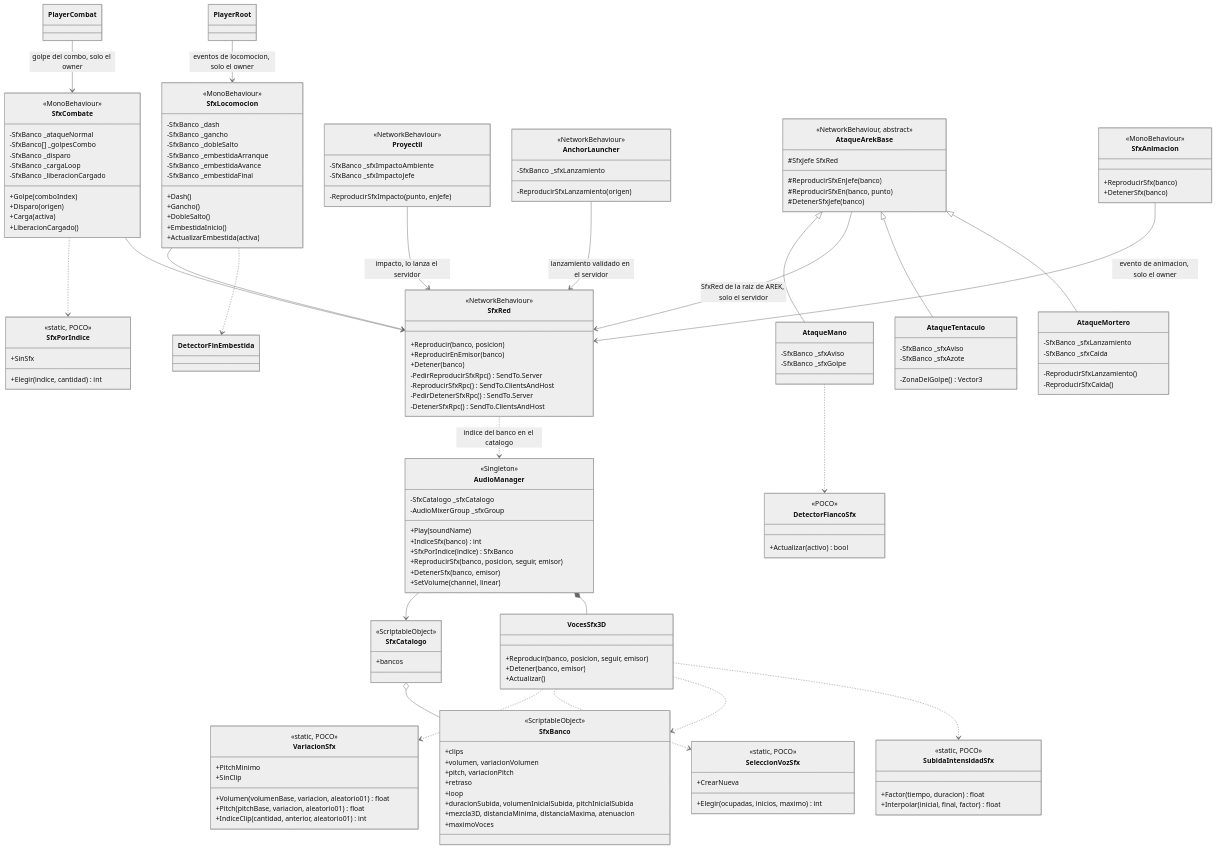
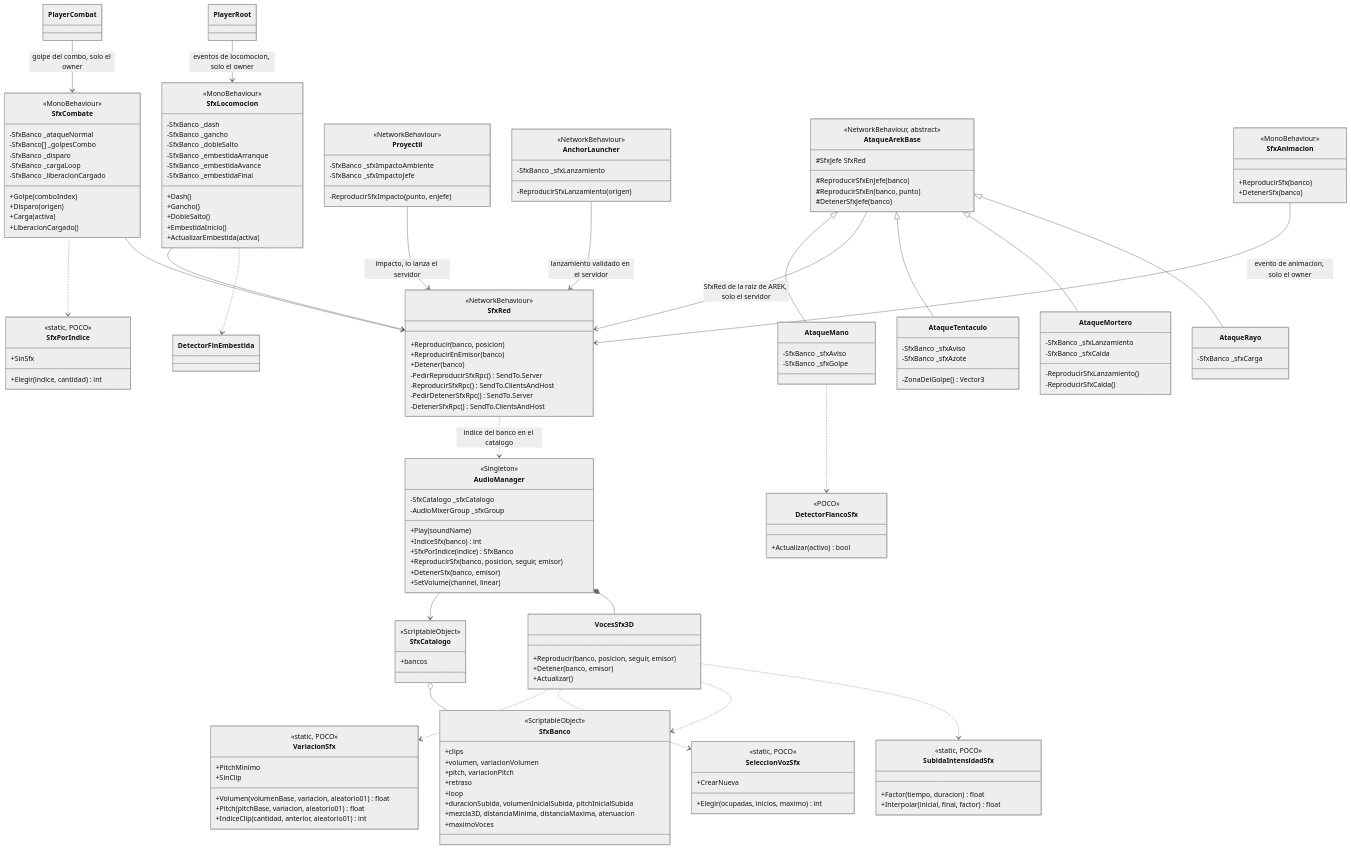
One commit to VicBojoDev10/DeathOfMeaningRepo changed the diagram in docs/diagrams/audio.mermaid. Above: the diagram before and after it, drawn with Mermaid (neutral theme).

Commit message:
doc: add laser charge sound to the audio diagram

```diff
--- a/docs/diagrams/audio.mermaid
+++ b/docs/diagrams/audio.mermaid
@@ -1,174 +1,179 @@
 classDiagram
     class VariacionSfx {
         <<static, POCO>>
         +PitchMinimo
         +SinClip
         +Volumen(volumenBase, variacion, aleatorio01) float
         +Pitch(pitchBase, variacion, aleatorio01) float
         +IndiceClip(cantidad, anterior, aleatorio01) int
     }
 
     class SeleccionVozSfx {
         <<static, POCO>>
         +CrearNueva
         +Elegir(ocupadas, inicios, maximo) int
     }
 
     class SfxPorIndice {
         <<static, POCO>>
         +SinSfx
         +Elegir(indice, cantidad) int
     }
 
     class SfxCombate {
         <<MonoBehaviour>>
         -SfxBanco _ataqueNormal
         -SfxBanco[] _golpesCombo
         -SfxBanco _disparo
         -SfxBanco _cargaLoop
         -SfxBanco _liberacionCargado
         +Golpe(comboIndex)
         +Disparo(origen)
         +Carga(activa)
         +LiberacionCargado()
     }
 
     class SfxLocomocion {
         <<MonoBehaviour>>
         -SfxBanco _dash
         -SfxBanco _gancho
         -SfxBanco _dobleSalto
         -SfxBanco _embestidaArranque
         -SfxBanco _embestidaAvance
         -SfxBanco _embestidaFinal
         +Dash()
         +Gancho()
         +DobleSalto()
         +EmbestidaInicio()
         +ActualizarEmbestida(activa)
     }
 
     class Proyectil {
         <<NetworkBehaviour>>
         -SfxBanco _sfxImpactoAmbiente
         -SfxBanco _sfxImpactoJefe
         -ReproducirSfxImpacto(punto, enJefe)
     }
 
     class AnchorLauncher {
         <<NetworkBehaviour>>
         -SfxBanco _sfxLanzamiento
         -ReproducirSfxLanzamiento(origen)
     }
 
     class DetectorFlancoSfx {
         <<POCO>>
         +Actualizar(activo) bool
     }
 
     class AtaqueArekBase {
         <<NetworkBehaviour, abstract>>
         #SfxJefe SfxRed
         #ReproducirSfxEnJefe(banco)
         #ReproducirSfxEn(banco, punto)
         #DetenerSfxJefe(banco)
     }
 
     class AtaqueMano {
         -SfxBanco _sfxAviso
         -SfxBanco _sfxGolpe
     }
 
     class AtaqueTentaculo {
         -SfxBanco _sfxAviso
         -SfxBanco _sfxAzote
         -ZonaDelGolpe() Vector3
     }
 
     class AtaqueMortero {
         -SfxBanco _sfxLanzamiento
         -SfxBanco _sfxCaida
         -ReproducirSfxLanzamiento()
         -ReproducirSfxCaida()
     }
 
+    class AtaqueRayo {
+        -SfxBanco _sfxCarga
+    }
+
     class SubidaIntensidadSfx {
         <<static, POCO>>
         +Factor(tiempo, duracion) float
         +Interpolar(inicial, final, factor) float
     }
 
     class SfxBanco {
         <<ScriptableObject>>
         +clips
         +volumen, variacionVolumen
         +pitch, variacionPitch
         +retraso
         +loop
         +duracionSubida, volumenInicialSubida, pitchInicialSubida
         +mezcla3D, distanciaMinima, distanciaMaxima, atenuacion
         +maximoVoces
     }
 
     class SfxCatalogo {
         <<ScriptableObject>>
         +bancos
     }
 
     class AudioManager {
         <<Singleton>>
         -SfxCatalogo _sfxCatalogo
         -AudioMixerGroup _sfxGroup
         +Play(soundName)
         +IndiceSfx(banco) int
         +SfxPorIndice(indice) SfxBanco
         +ReproducirSfx(banco, posicion, seguir, emisor)
         +DetenerSfx(banco, emisor)
         +SetVolume(channel, linear)
     }
 
     class VocesSfx3D {
         +Reproducir(banco, posicion, seguir, emisor)
         +Detener(banco, emisor)
         +Actualizar()
     }
 
     class SfxRed {
         <<NetworkBehaviour>>
         +Reproducir(banco, posicion)
         +ReproducirEnEmisor(banco)
         +Detener(banco)
         -PedirReproducirSfxRpc() SendTo.Server
         -ReproducirSfxRpc() SendTo.ClientsAndHost
         -PedirDetenerSfxRpc() SendTo.Server
         -DetenerSfxRpc() SendTo.ClientsAndHost
     }
 
     class SfxAnimacion {
         <<MonoBehaviour>>
         +ReproducirSfx(banco)
         +DetenerSfx(banco)
     }
 
     SfxCatalogo o-- SfxBanco
     AudioManager --> SfxCatalogo
     AudioManager *-- VocesSfx3D
     VocesSfx3D ..> VariacionSfx
     VocesSfx3D ..> SeleccionVozSfx
     VocesSfx3D ..> SfxBanco
     SfxRed ..> AudioManager : indice del banco en el catalogo
     SfxAnimacion --> SfxRed : evento de animacion, solo el owner
     PlayerCombat --> SfxCombate : golpe del combo, solo el owner
     SfxCombate ..> SfxPorIndice
     SfxCombate --> SfxRed
     VocesSfx3D ..> SubidaIntensidadSfx
     PlayerRoot --> SfxLocomocion : eventos de locomocion, solo el owner
     SfxLocomocion --> SfxRed
     Proyectil --> SfxRed : impacto, lo lanza el servidor
     SfxLocomocion ..> DetectorFinEmbestida
     AnchorLauncher --> SfxRed : lanzamiento validado en el servidor
     AtaqueArekBase <|-- AtaqueMano
     AtaqueArekBase --> SfxRed : SfxRed de la raiz de AREK, solo el servidor
     AtaqueMano ..> DetectorFlancoSfx
     AtaqueArekBase <|-- AtaqueTentaculo
     AtaqueArekBase <|-- AtaqueMortero
+    AtaqueArekBase <|-- AtaqueRayo
```
